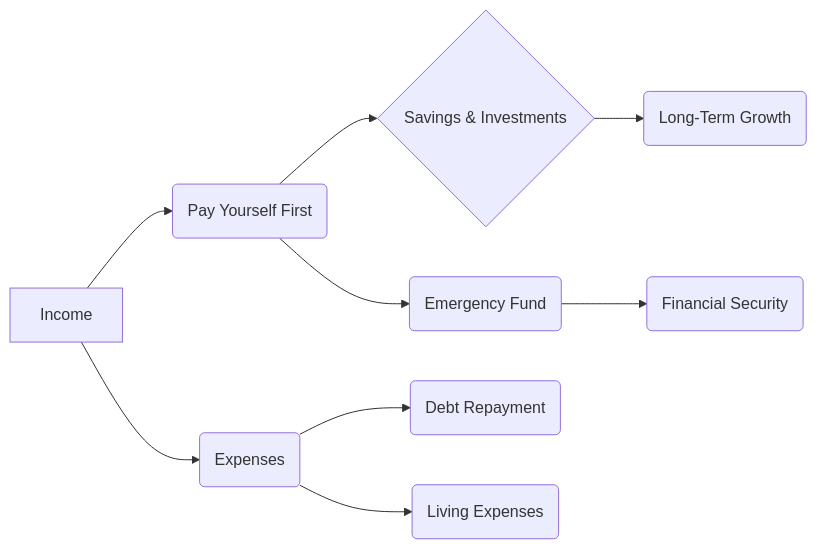
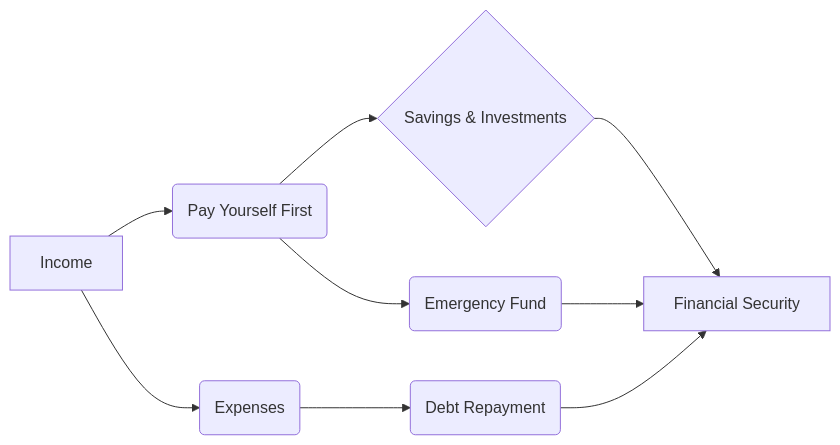
Before and after one commit to muthuspark/booksummary: the diagram in posts/wealth_and_finance/the-index-card/index.qmd, drawn with Mermaid. The commit also changed other lines of this file and 43 other files, not shown here.

````diff
--- a/posts/wealth_and_finance/the-index-card/index.qmd
+++ b/posts/wealth_and_finance/the-index-card/index.qmd
@@ -59,11 +59,11 @@
 ```{mermaid}
 graph LR
     A[Income] --> B(Pay Yourself First);
     B --> C{Savings & Investments};
     B --> D(Emergency Fund);
     A --> E(Expenses);
     E --> F(Debt Repayment);
-    E --> G(Living Expenses);
-    C --> H(Long-Term Growth);
-    D --> I(Financial Security);
+    C --> G[Financial Security];
+    D --> G;
+    F --> G;
 ```
````
